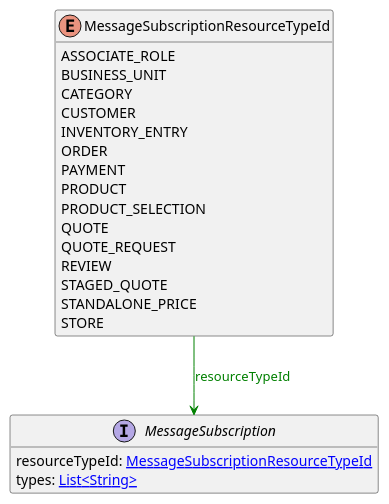
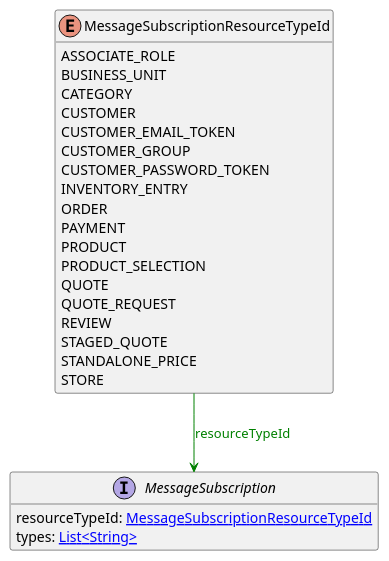
Before and after one commit to commercetools/commercetools-api-reference: the diagram in uml/api/MessageSubscriptionResourceTypeId.puml, drawn with PlantUML. The commit also changed 12 other files, not shown here.

```diff
--- a/uml/api/MessageSubscriptionResourceTypeId.puml
+++ b/uml/api/MessageSubscriptionResourceTypeId.puml
@@ -1,26 +1,29 @@
 @startuml
 
 hide methods
 enum MessageSubscriptionResourceTypeId {
     ASSOCIATE_ROLE
     BUSINESS_UNIT
     CATEGORY
     CUSTOMER
+    CUSTOMER_EMAIL_TOKEN
+    CUSTOMER_GROUP
+    CUSTOMER_PASSWORD_TOKEN
     INVENTORY_ENTRY
     ORDER
     PAYMENT
     PRODUCT
     PRODUCT_SELECTION
     QUOTE
     QUOTE_REQUEST
     REVIEW
     STAGED_QUOTE
     STANDALONE_PRICE
     STORE
 }
 interface MessageSubscription [[MessageSubscription.svg]]  {
     resourceTypeId: [[MessageSubscriptionResourceTypeId.svg MessageSubscriptionResourceTypeId]]
     types: [[String.svg List<String>]]
 }
 MessageSubscriptionResourceTypeId --> MessageSubscription #green;text:green : "resourceTypeId"
 @enduml
```
